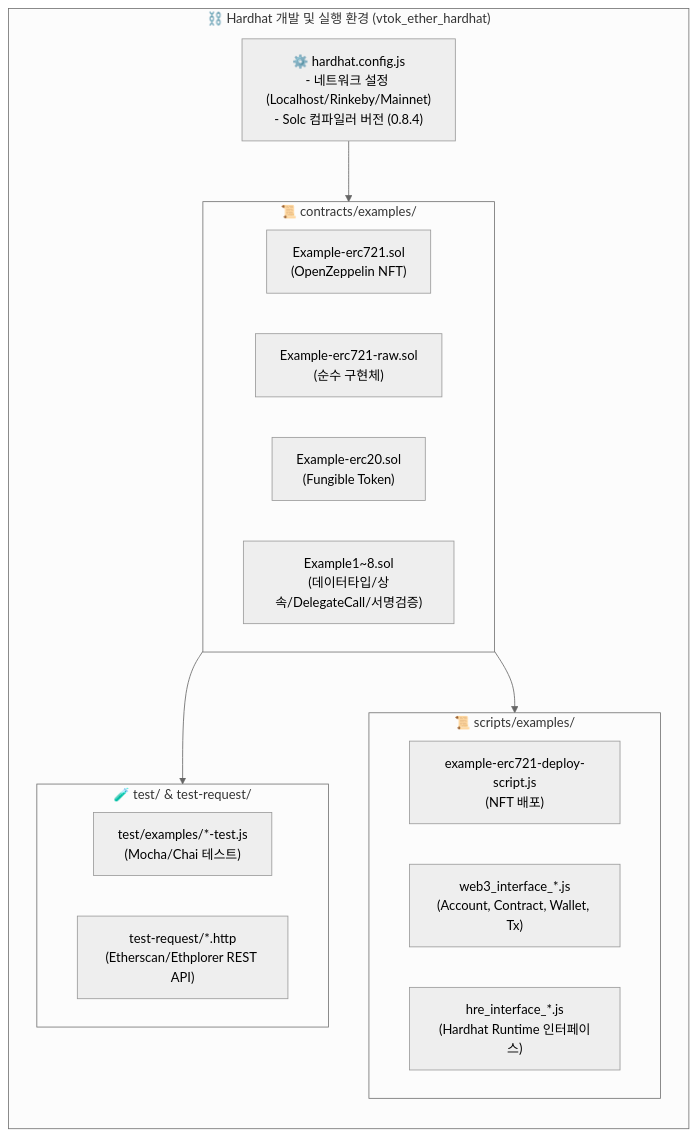
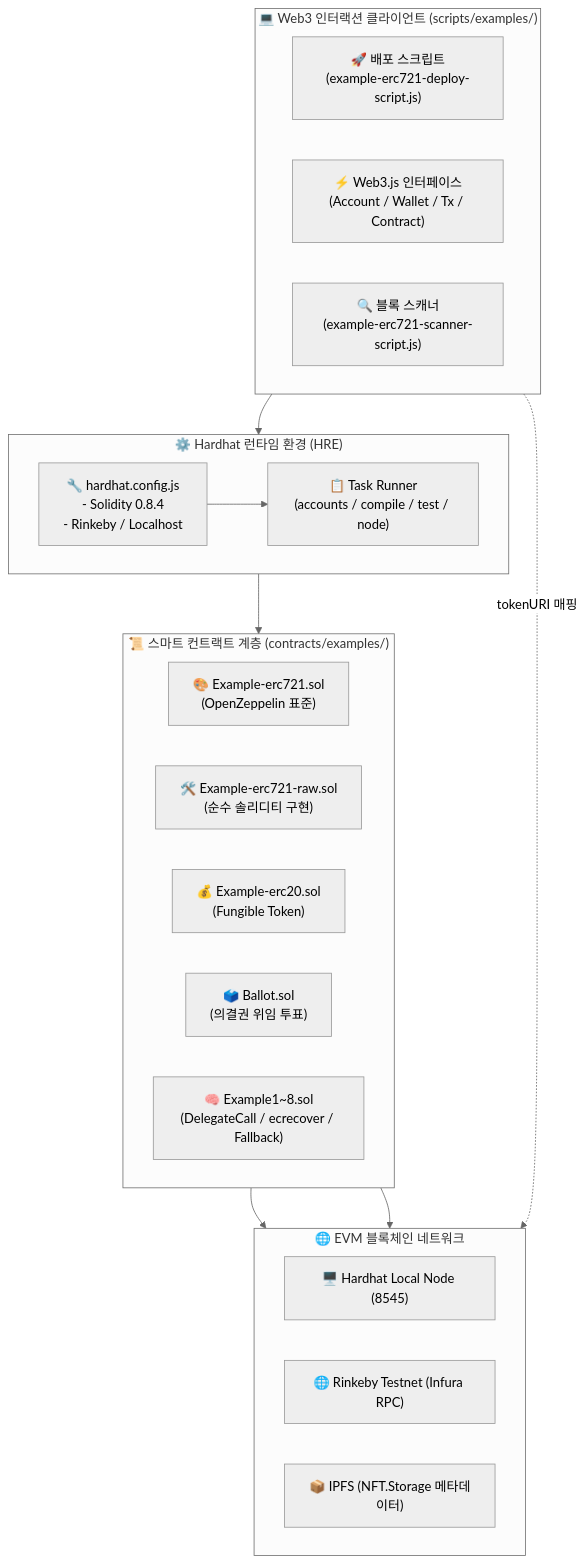
One commit to comfiapps/vtok-all changed the first of 3 diagrams in vtok_ether_hardhat/README.md. Above: the diagram before and after it, drawn with Mermaid (neutral theme). The commit also changed other lines of this file and 2 other files, not shown here.

Commit message:
docs: enrich READMEs with exhaustive architecture, page mappings, controller endpoints, and class diagrams

````diff
--- a/vtok_ether_hardhat/README.md
+++ b/vtok_ether_hardhat/README.md
@@ -9,32 +9,49 @@
 ```mermaid
 flowchart TD
-    subgraph HardhatEnv ["⛓️ Hardhat 개발 및 실행 환경 (vtok_ether_hardhat)"]
-        direction TB
-        CONFIG["⚙️ hardhat.config.js\n- 네트워크 설정 (Localhost/Rinkeby/Mainnet)\n- Solc 컴파일러 버전 (0.8.4)"]
-        
-        subgraph Contracts ["📜 contracts/examples/"]
-            direction LR
-            ERC721["Example-erc721.sol\n(OpenZeppelin NFT)"]
-            RAW721["Example-erc721-raw.sol\n(순수 구현체)"]
-            ERC20["Example-erc20.sol\n(Fungible Token)"]
-            CORE_EXAMPLES["Example1~8.sol\n(데이터타입/상속/DelegateCall/서명검증)"]
-        end
+    subgraph Client ["💻 Web3 인터랙션 클라이언트 (scripts/examples/)"]
+        direction LR
+        DEPLOY["🚀 배포 스크립트
+(example-erc721-deploy-script.js)"]
+        WEB3_CLI["⚡ Web3.js 인터페이스
+(Account / Wallet / Tx / Contract)"]
+        SCANNER["🔍 블록 스캐너
+(example-erc721-scanner-script.js)"]
+    end
 
-        subgraph Scripts ["📜 scripts/examples/"]
-            direction LR
-            DEPLOY["example-erc721-deploy-script.js\n(NFT 배포)"]
-            WEB3_INTF["web3_interface_*.js\n(Account, Contract, Wallet, Tx)"]
-            HRE_INTF["hre_interface_*.js\n(Hardhat Runtime 인터페이스)"]
-        end
+    subgraph Hardhat ["⚙️ Hardhat 런타임 환경 (HRE)"]
+        direction LR
+        CONFIG["🔧 hardhat.config.js
+- Solidity 0.8.4
+- Rinkeby / Localhost"]
+        TASK["📋 Task Runner
+(accounts / compile / test / node)"]
+    end
 
-        subgraph Testing ["🧪 test/ & test-request/"]
-            direction LR
-            MOCHA["test/examples/*-test.js\n(Mocha/Chai 테스트)"]
-            HTTP_API["test-request/*.http\n(Etherscan/Ethplorer REST API)"]
-        end
-        
-        CONFIG --> Contracts
-        Contracts --> Scripts
-        Contracts --> Testing
+    subgraph Contracts ["📜 스마트 컨트랙트 계층 (contracts/examples/)"]
+        direction LR
+        NFT_OZ["🎨 Example-erc721.sol
+(OpenZeppelin 표준)"]
+        NFT_RAW["🛠️ Example-erc721-raw.sol
+(순수 솔리디티 구현)"]
+        ERC20["💰 Example-erc20.sol
+(Fungible Token)"]
+        BALLOT["🗳️ Ballot.sol
+(의결권 위임 투표)"]
+        CORE["🧠 Example1~8.sol
+(DelegateCall / ecrecover / Fallback)"]
     end
+
+    subgraph Network ["🌐 EVM 블록체인 네트워크"]
+        direction LR
+        LOCAL["🖥️ Hardhat Local Node (8545)"]
+        RINKEBY["🌐 Rinkeby Testnet (Infura RPC)"]
+        IPFS["📦 IPFS (NFT.Storage 메타데이터)"]
+    end
+
+    Client --> CONFIG
+    CONFIG --> TASK
+    TASK --> Contracts
+    Contracts --> LOCAL
+    Contracts --> RINKEBY
+    DEPLOY -.->|tokenURI 매핑| IPFS
 ```
````
